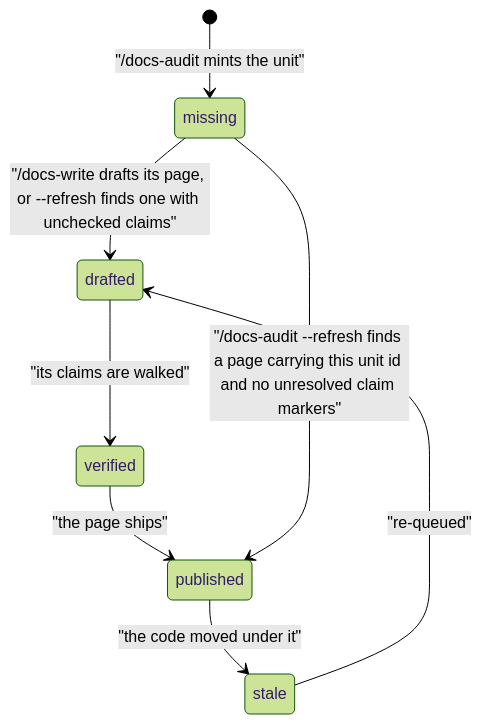
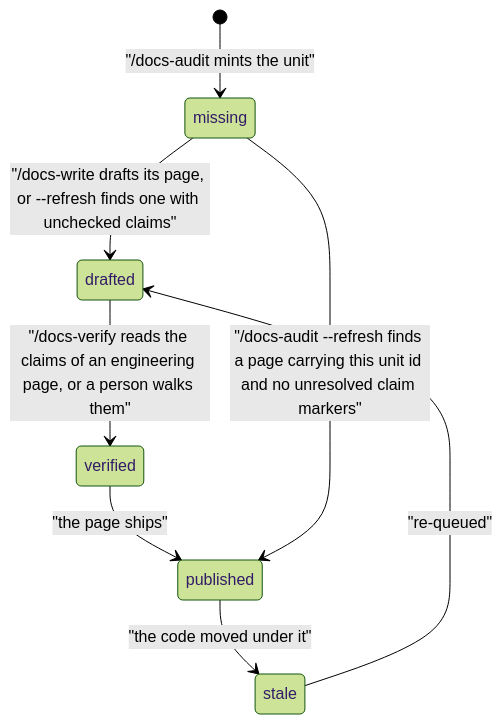
Before and after one commit to ihudak/ai-workflows: the diagram in plugins/docs-workflows/docs/reference/docs-backlog.md, drawn with Mermaid (forest theme). The commit also changed other lines of this file and 27 other files, not shown here.

````diff
--- a/plugins/docs-workflows/docs/reference/docs-backlog.md
+++ b/plugins/docs-workflows/docs/reference/docs-backlog.md
@@ -36,10 +36,10 @@
 ```mermaid
 stateDiagram-v2
   [*] --> missing: "/docs-audit mints the unit"
   missing --> drafted: "/docs-write drafts its page, or --refresh finds one with unchecked claims"
-  drafted --> verified: "its claims are walked"
+  drafted --> verified: "/docs-verify reads the claims of an engineering page, or a person walks them"
   verified --> published: "the page ships"
   published --> stale: "the code moved under it"
   stale --> drafted: "re-queued"
   missing --> published: "/docs-audit --refresh finds a page carrying this unit id and no unresolved claim markers"
 ```
````
